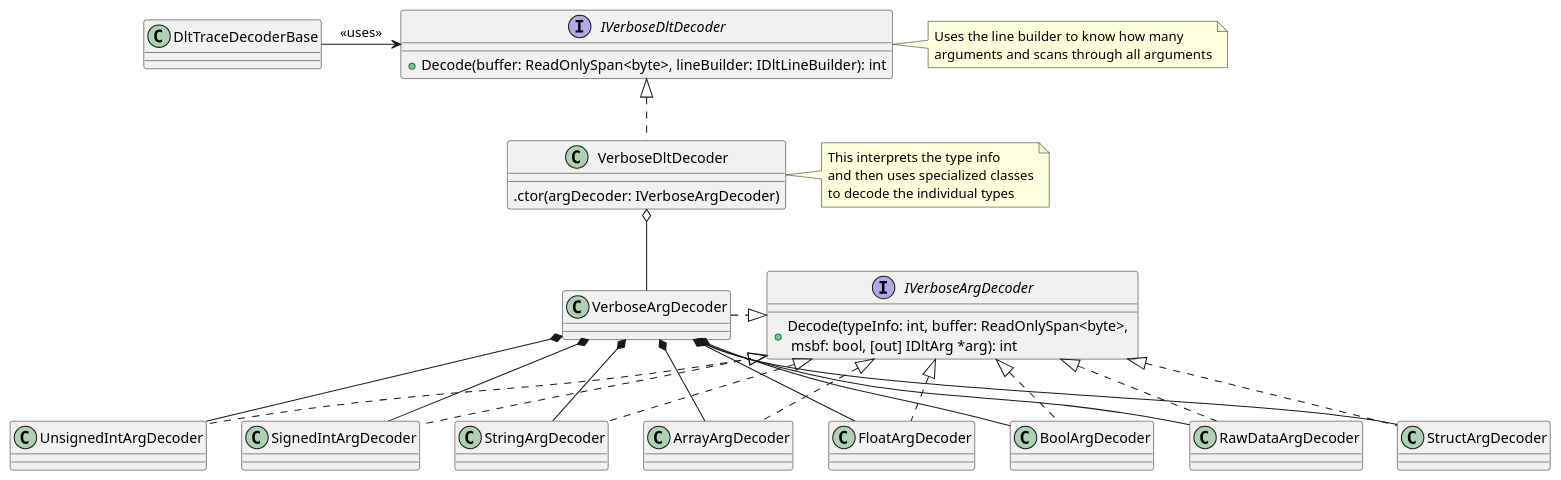
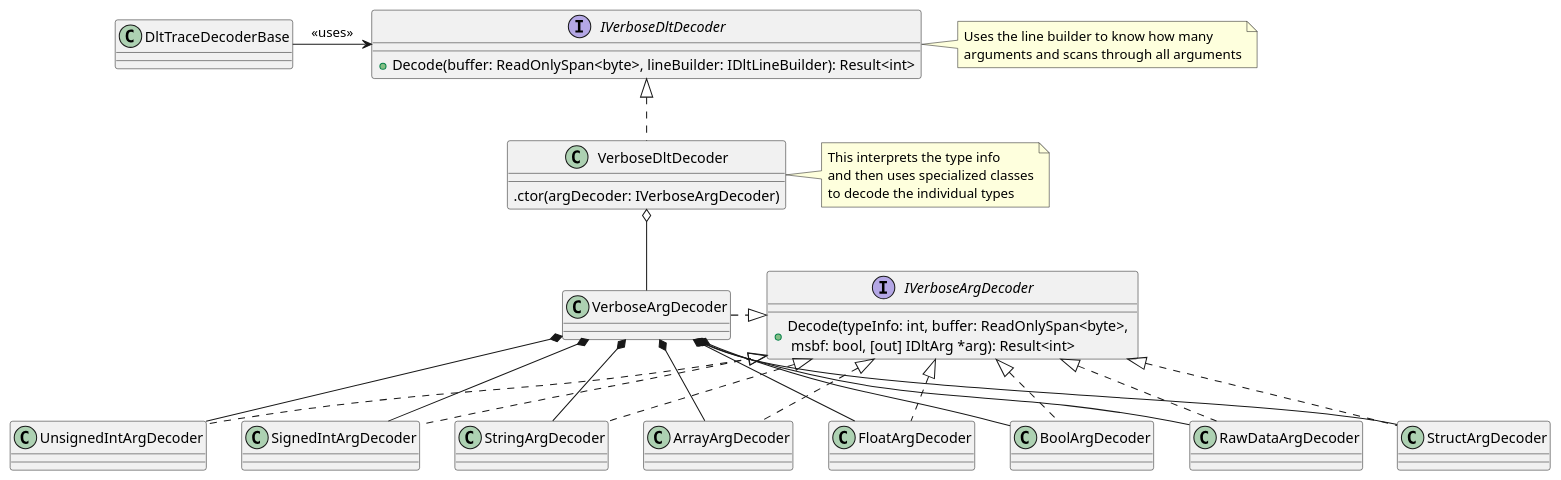
Before and after one commit to jcurl/RJCP.DLL.Log: the diagram in TraceReader.Dlt/docs/diagrams/DLT.DecoderVerboseClass.plantuml, drawn with PlantUML. The commit also changed 10 other files, not shown here.

First line of the commit message:
DLT: Update UML for decoding with `Result<int>`

```diff
--- a/TraceReader.Dlt/docs/diagrams/DLT.DecoderVerboseClass.plantuml
+++ b/TraceReader.Dlt/docs/diagrams/DLT.DecoderVerboseClass.plantuml
@@ -1,56 +1,56 @@
 @startuml DLT.DecoderVerboseClass
 class DltTraceDecoderBase
 DltTraceDecoderBase -r-> IVerboseDltDecoder : <<uses>>
 
 interface IVerboseDltDecoder {
-    +Decode(buffer: ReadOnlySpan<byte>, lineBuilder: IDltLineBuilder): int
+    +Decode(buffer: ReadOnlySpan<byte>, lineBuilder: IDltLineBuilder): Result<int>
 }
 note right
     Uses the line builder to know how many
     arguments and scans through all arguments
 end note
 
 class VerboseDltDecoder {
     .ctor(argDecoder: IVerboseArgDecoder)
 }
 note right
     This interprets the type info
     and then uses specialized classes
     to decode the individual types
 end note
 IVerboseDltDecoder <|.d. VerboseDltDecoder
 
 interface IVerboseArgDecoder {
-    +Decode(typeInfo: int, buffer: ReadOnlySpan<byte>, \n msbf: bool, [out] IDltArg *arg): int
+    +Decode(typeInfo: int, buffer: ReadOnlySpan<byte>, \n msbf: bool, [out] IDltArg *arg): Result<int>
 }
 
 class BoolArgDecoder
 class SignedIntArgDecoder
 class UnsignedIntArgDecoder
 class FloatArgDecoder
 class StringArgDecoder
 class RawDataArgDecoder
 class ArrayArgDecoder
 class StructArgDecoder
 
 IVerboseArgDecoder <|.d. BoolArgDecoder
 IVerboseArgDecoder <|.d. SignedIntArgDecoder
 IVerboseArgDecoder <|.d. UnsignedIntArgDecoder
 IVerboseArgDecoder <|.d. FloatArgDecoder
 IVerboseArgDecoder <|.d. StringArgDecoder
 IVerboseArgDecoder <|.d. RawDataArgDecoder
 IVerboseArgDecoder <|.d. ArrayArgDecoder
 IVerboseArgDecoder <|.d. StructArgDecoder
 
 VerboseDltDecoder o-d- VerboseArgDecoder
 
 IVerboseArgDecoder <|.l. VerboseArgDecoder
 VerboseArgDecoder *-- BoolArgDecoder
 VerboseArgDecoder *-- SignedIntArgDecoder
 VerboseArgDecoder *-- UnsignedIntArgDecoder
 VerboseArgDecoder *-- FloatArgDecoder
 VerboseArgDecoder *-- StringArgDecoder
 VerboseArgDecoder *-- RawDataArgDecoder
 VerboseArgDecoder *-- ArrayArgDecoder
 VerboseArgDecoder *-- StructArgDecoder
 @enduml
```
